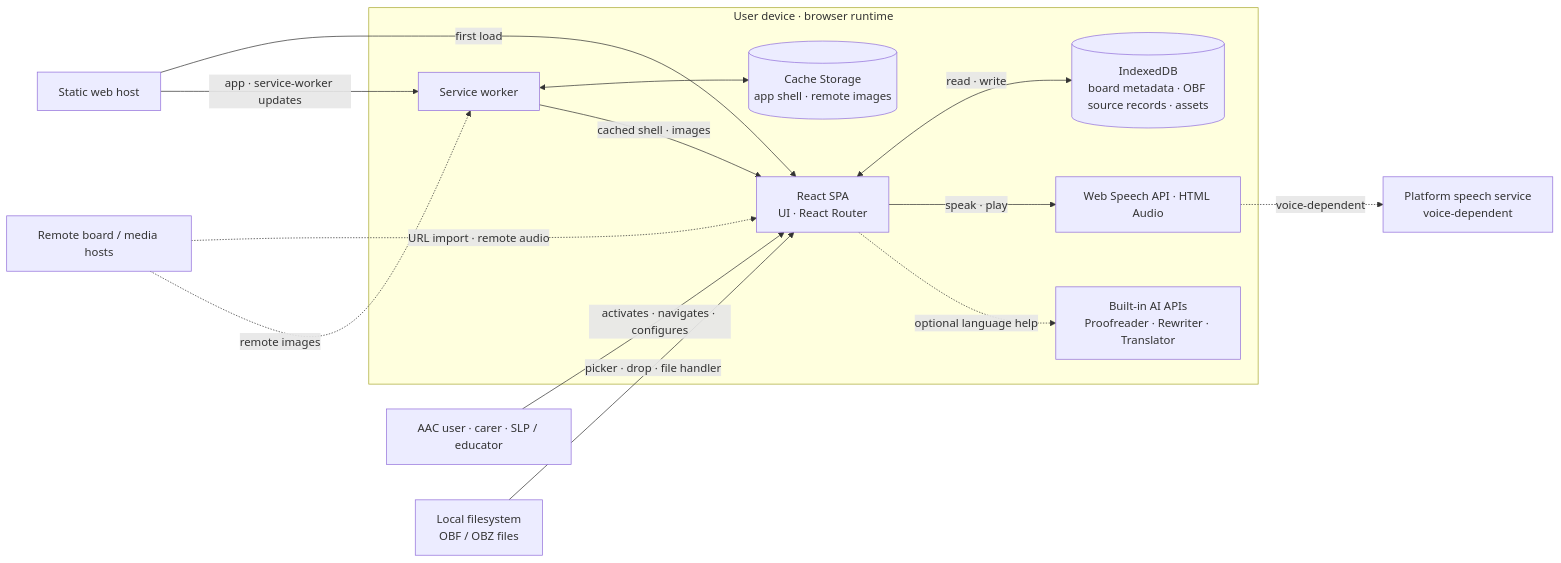
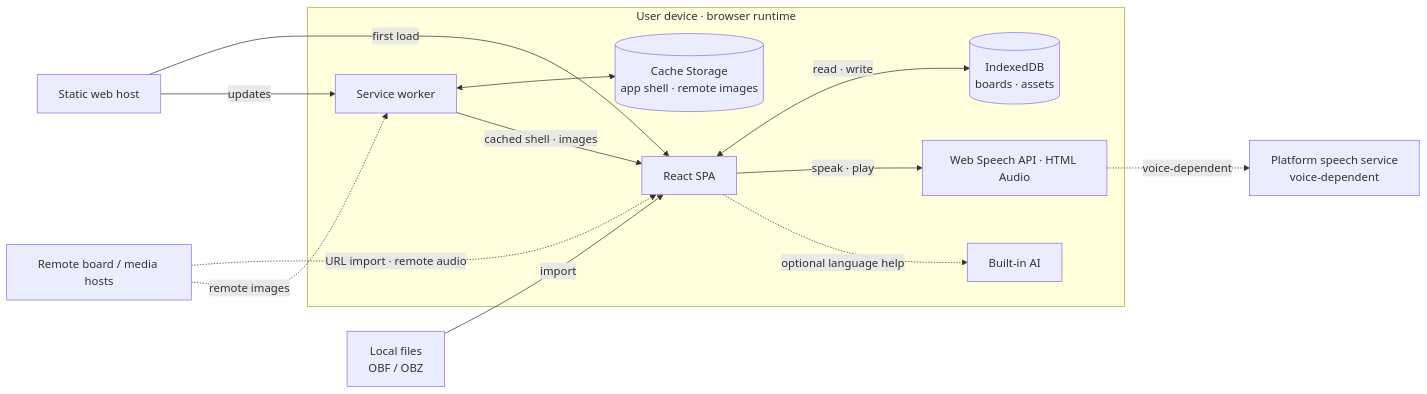
The diagram in docs/architecture.md (shayc/aac-board-ai), drawn with Mermaid before and after one commit. The commit also changed other lines of this file, not shown here.

Commit message:
docs: streamline architecture guide (#878)

````diff
--- a/docs/architecture.md
+++ b/docs/architecture.md
@@ -55,34 +37,32 @@
 ```mermaid
 flowchart LR
     accTitle: AAC Board AI runtime and trust boundaries
-    accDescr: The device-local React app stores boards in the browser, uses browser output and optional built-in AI, and contacts network hosts only for loading, updates, URL imports, remote media, or a voice-dependent speech service.
+    accDescr: The device-local React app stores boards in the browser, uses browser output and optional built-in AI, and contacts network hosts for loading, updates, URL imports, remote media, or a voice-dependent speech service.
 
-    user["AAC user · carer · SLP / educator"]
-    files["Local filesystem<br/>OBF / OBZ files"]
+    files["Local files<br/>OBF / OBZ"]
     host["Static web host"]
     remote["Remote board / media hosts"]
     voice["Platform speech service<br/>voice-dependent"]
 
     subgraph browser["User device · browser runtime"]
-        SPA["React SPA<br/>UI · React Router"]
+        SPA["React SPA"]
         SW["Service worker"]
-        IDB[("IndexedDB<br/>board metadata · OBF source records · assets")]
+        IDB[("IndexedDB<br/>boards · assets")]
         CACHE[("Cache Storage<br/>app shell · remote images")]
         OUT["Web Speech API · HTML Audio"]
-        AI["Built-in AI APIs<br/>Proofreader · Rewriter · Translator"]
+        AI["Built-in AI"]
 
         SPA <-->|read · write| IDB
         SW <--> CACHE
         SW -->|cached shell · images| SPA
         SPA -->|speak · play| OUT
         SPA -.->|optional language help| AI
     end
 
-    user -->|activates · navigates · configures| SPA
-    files -->|picker · drop · file handler| SPA
+    files -->|import| SPA
     host -->|first load| SPA
-    host -->|app · service-worker updates| SW
+    host -->|updates| SW
     remote -.->|URL import · remote audio| SPA
     remote -.->|remote images| SW
     OUT -.->|voice-dependent| voice
 ```
````
